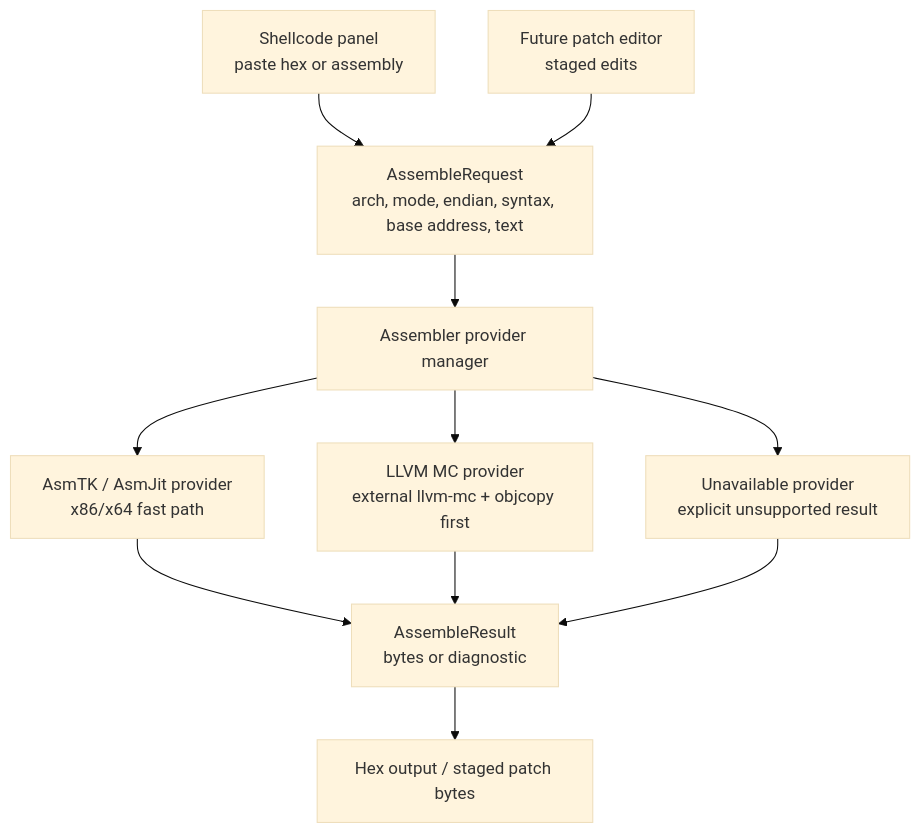
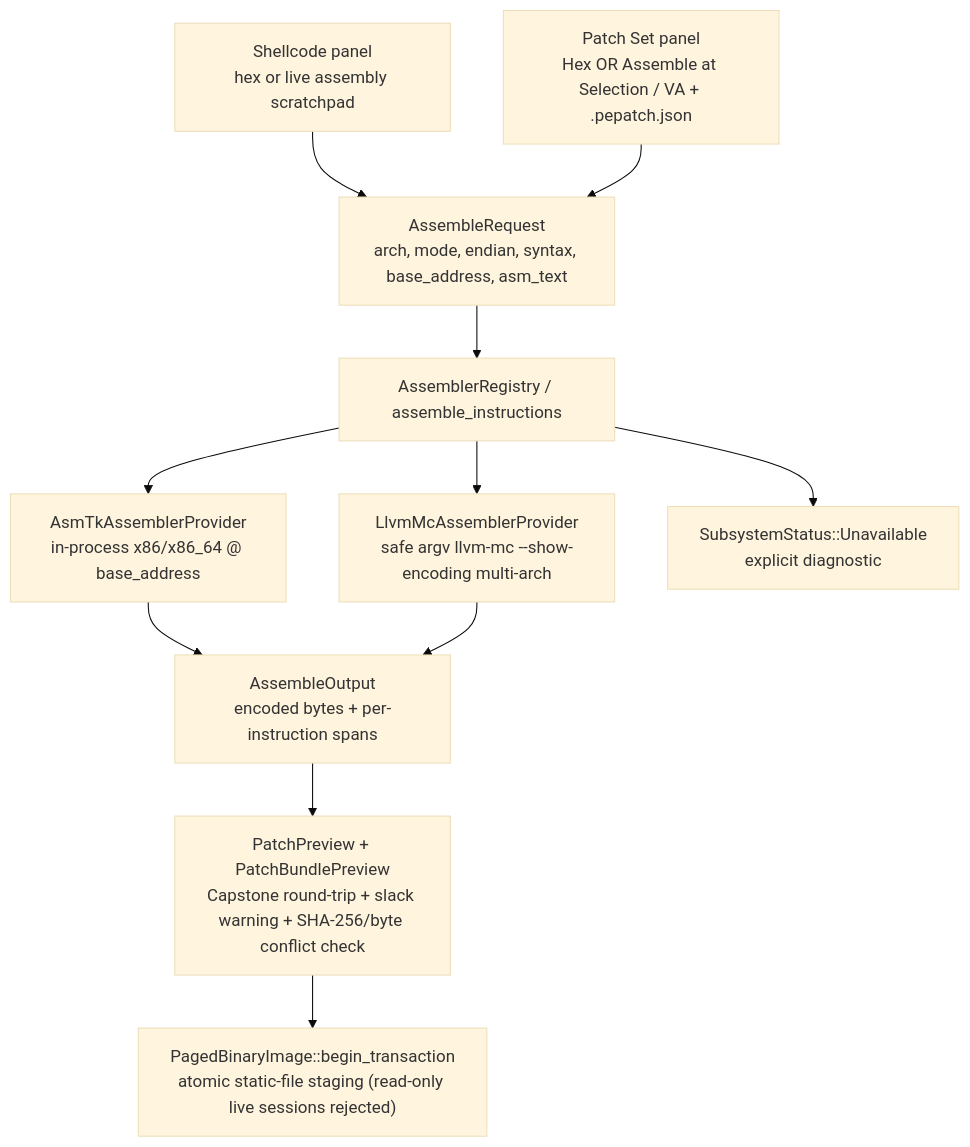
The sixth of 8 diagrams in docs/ARCHITECTURE.md (wsollers/exe_viewer), drawn with Mermaid (base theme) before and after one commit. The commit also changed other lines of this file and 15 other files, not shown here.

First line of the commit message:
feat(wu-11): add AsmTK/llvm-mc assembler providers, assembly patch preview, and .pepatch.json bundles

````diff
--- a/docs/ARCHITECTURE.md
+++ b/docs/ARCHITECTURE.md
@@ -176,23 +176,24 @@
 ```mermaid
 flowchart TD
-    shellcode["Shellcode panel<br/>paste hex or assembly"]
-    patch["Future patch editor<br/>staged edits"]
-    request["AssembleRequest<br/>arch, mode, endian, syntax, base address, text"]
-    manager["Assembler provider manager"]
-    asmtk["AsmTK / AsmJit provider<br/>x86/x64 fast path"]
-    llvm["LLVM MC provider<br/>external llvm-mc + objcopy first"]
-    unavailable["Unavailable provider<br/>explicit unsupported result"]
-    result["AssembleResult<br/>bytes or diagnostic"]
-    hex["Hex output / staged patch bytes"]
+    shellcode["Shellcode panel<br/>hex or live assembly scratchpad"]
+    patch["Patch Set panel<br/>Hex OR Assemble at Selection / VA + .pepatch.json"]
+    request["AssembleRequest<br/>arch, mode, endian, syntax, base_address, asm_text"]
+    manager["AssemblerRegistry / assemble_instructions"]
+    asmtk["AsmTkAssemblerProvider<br/>in-process x86/x86_64 @ base_address"]
+    llvm["LlvmMcAssemblerProvider<br/>safe argv llvm-mc --show-encoding multi-arch"]
+    unavailable["SubsystemStatus::Unavailable<br/>explicit diagnostic"]
+    result["AssembleOutput<br/>encoded bytes + per-instruction spans"]
+    preview["PatchPreview + PatchBundlePreview<br/>Capstone round-trip + slack warning + SHA-256/byte conflict check"]
+    tx["PagedBinaryImage::begin_transaction<br/>atomic static-file staging (read-only live sessions rejected)"]
 
     shellcode --> request
     patch --> request
     request --> manager
     manager --> asmtk
     manager --> llvm
     manager --> unavailable
     asmtk --> result
     llvm --> result
-    unavailable --> result
-    result --> hex
+    result --> preview
+    preview --> tx
 ```
````
